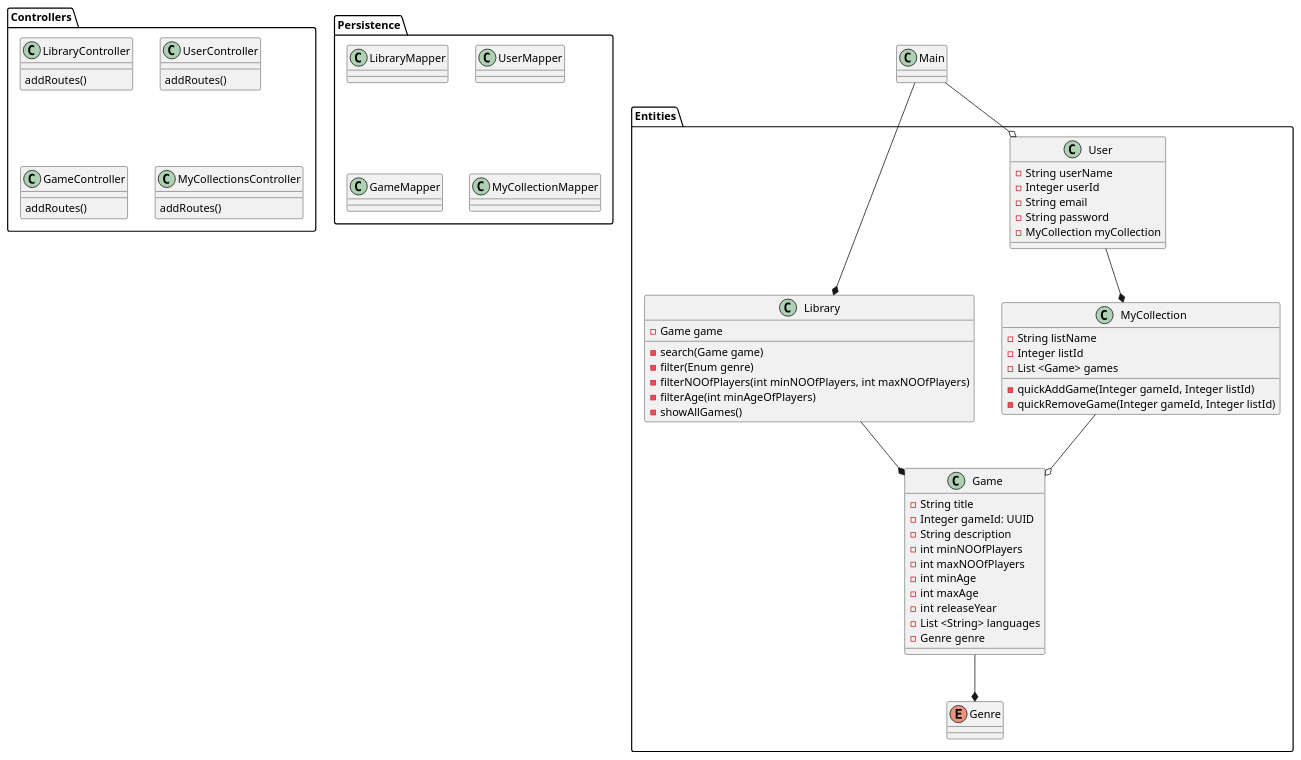
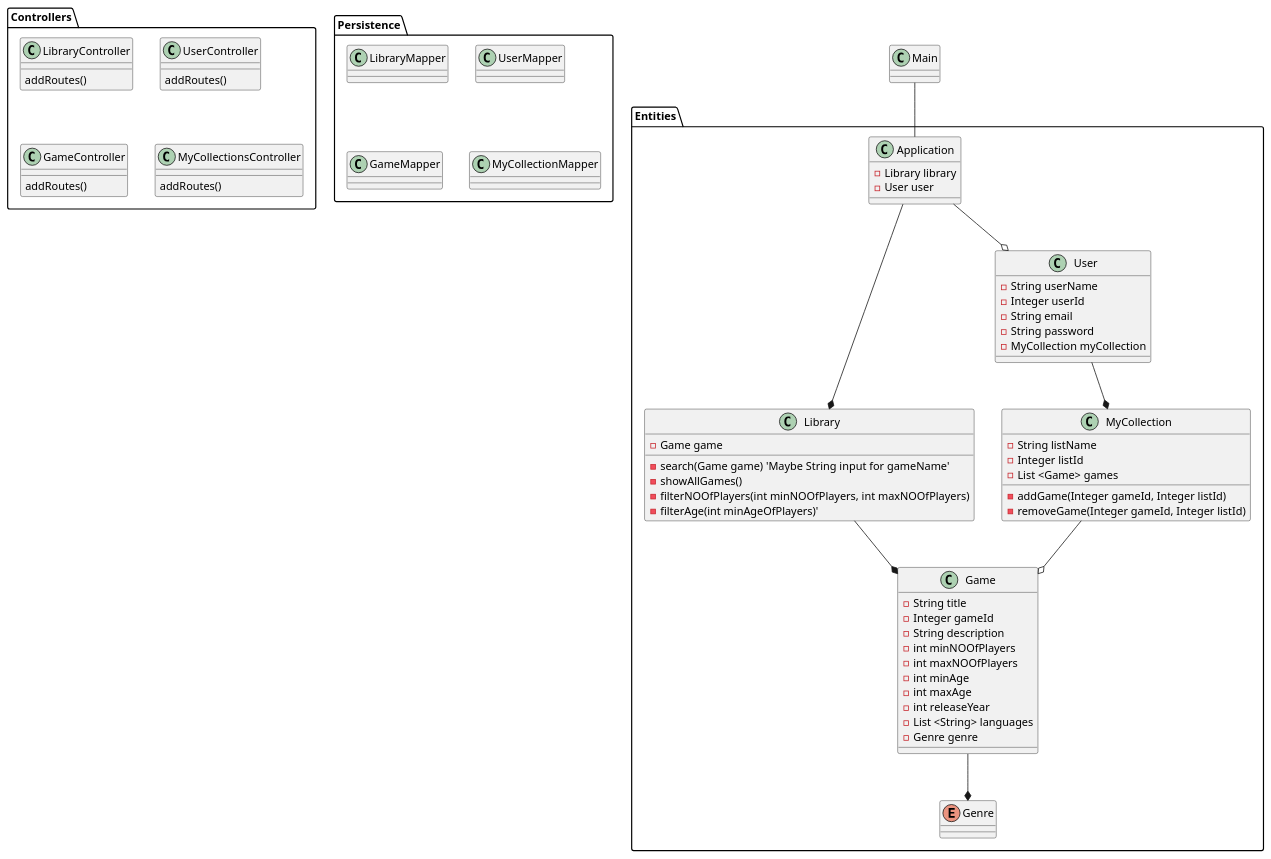
The diagram in klasseDiagramUS1+2.puml (RikkeMariussen/Braetspil), drawn with PlantUML before and after one commit. The commit also changed 1 other file, not shown here.

```diff
--- a/klasseDiagramUS1+2.puml
+++ b/klasseDiagramUS1+2.puml
@@ -1,94 +1,104 @@
 @startuml ClassDiagramUS1+2
 'Alt+D = preview
 
 
 class Main{
 'BoardGameApp
 }
 
 package Entities{
 
+    class Application{
+        -Library library
+        -User user
+        'Getters and setters'
+    }
+
     class Library{
         -Game game
-        -search(Game game)
-        -filter(Enum genre)
+        -search(Game game) 'Maybe String input for gameName'
+        -showAllGames()
+        '-filter(Enum genre)
         -filterNOOfPlayers(int minNOOfPlayers, int maxNOOfPlayers)
-        -filterAge(int minAgeOfPlayers)
-        -showAllGames()
+        -filterAge(int minAgeOfPlayers)'
     }
 
     class User{
         -String userName
         -Integer userId
         -String email
         -String password
         -MyCollection myCollection
+        'Getters and setters'
     }
 
     class MyCollection{
         -String listName
         -Integer listId
         -List <Game> games
-        -quickAddGame(Integer gameId, Integer listId)
-        -quickRemoveGame(Integer gameId, Integer listId)
+        'Det er listen der bruger funktionerne, spillet bliver bare sendt med rundt.'
+        -addGame(Integer gameId, Integer listId)
+        -removeGame(Integer gameId, Integer listId)
     } 
 
     class Game {
         -String title
-        -Integer gameId: UUID
+        -Integer gameId
         -String description
         -int minNOOfPlayers
         -int maxNOOfPlayers
         -int minAge
         -int maxAge
         -int releaseYear
         -List <String> languages
         -Genre genre
+        'Getters and setters'
     }
 
     enum Genre{
     }
 }
 
 'Vi har ikke fokus på persistence og controllers i denne iteration, hvorfor vi bare har de to packages med, men ikke har udviklet dem
 package Controllers{
     class LibraryController{
         addRoutes()
     }
 
     class UserController{
         addRoutes()
     }
 
     class GameController{
         addRoutes()
     }
 
     class MyCollectionsController{
         addRoutes()
     }
 
 }
 
 package Persistence{
     class LibraryMapper{}
 
     class UserMapper{}
 
     class GameMapper{}
 
     class MyCollectionMapper{}
 
 }
 
 'Relations
 'Entities
-Main --* Library
-Main --o User
+Main -- Application
+Application --* Library
+Application --o User
 User --* MyCollection
 MyCollection --o Game
 Library --* Game
 Game --* Genre
 
 
 @enduml
```
